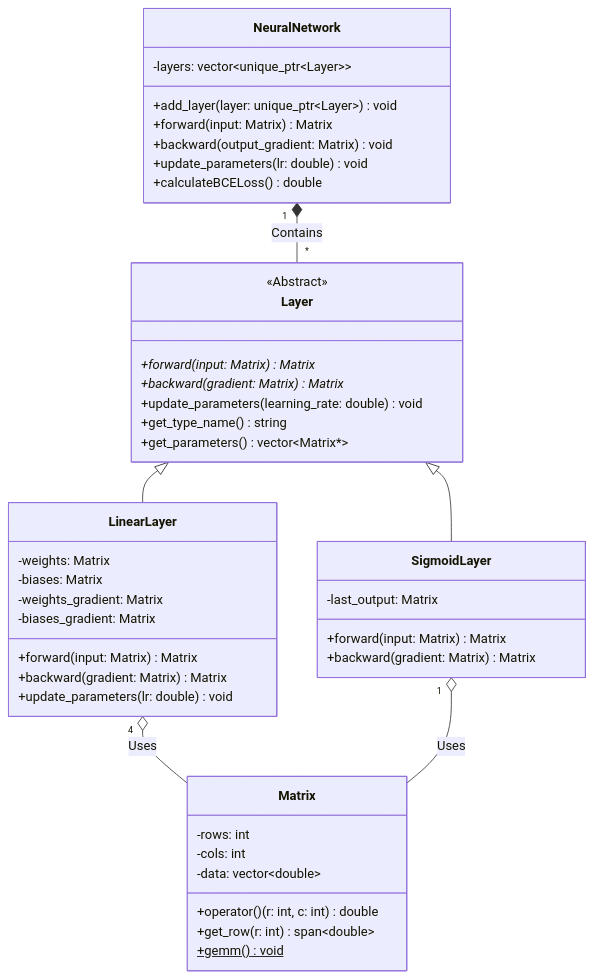
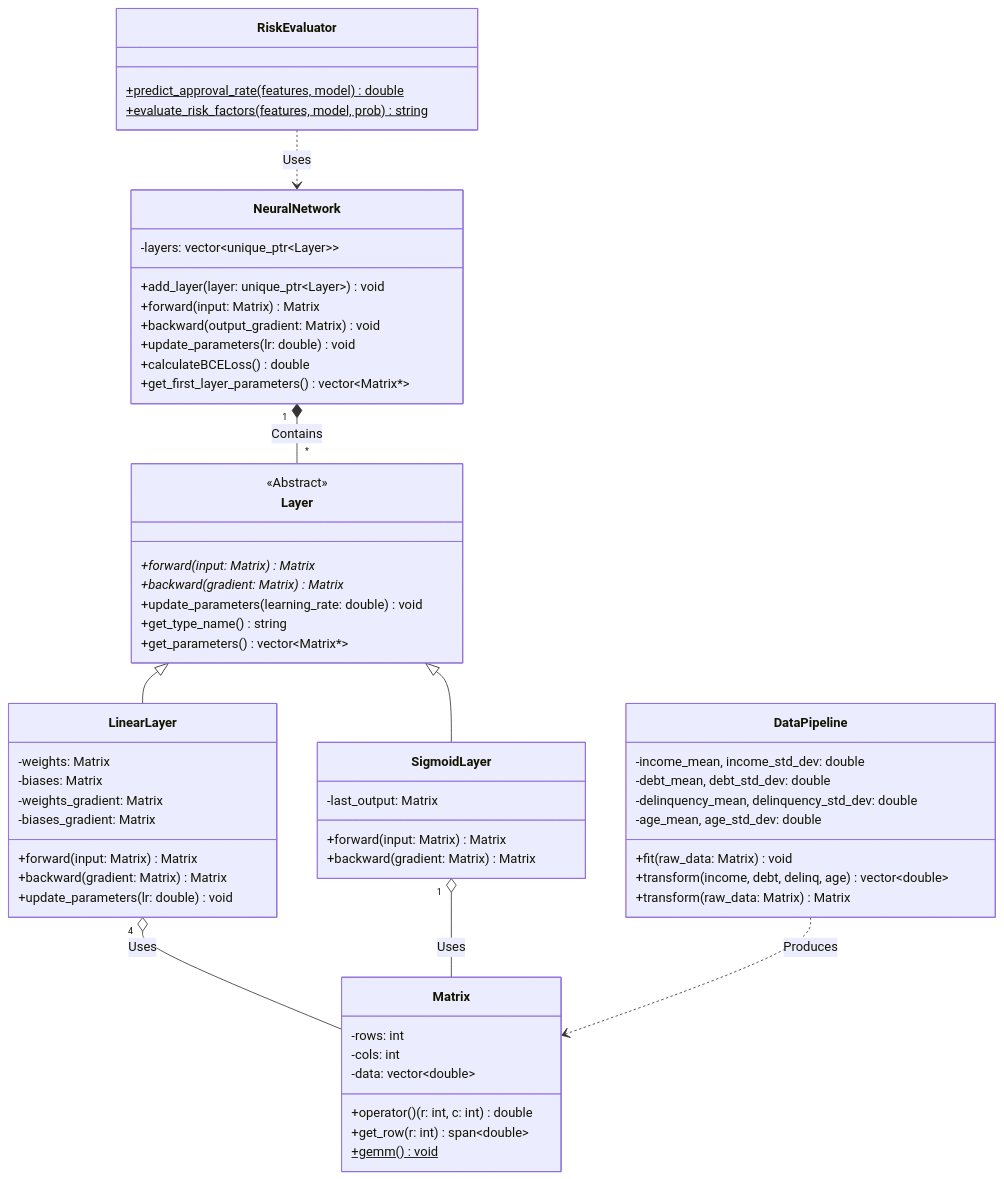
The first of 2 diagrams in README.md (Yuno-20EA/ML-RiskGuard-OOP-GiuaKy-), drawn with Mermaid before and after one commit. The commit also changed other lines of this file, not shown here.

Commit message:
docs: Update README with XAI features, v2.0 architecture and Hai's contributions

````diff
--- a/README.md
+++ b/README.md
@@ -44,51 +48,69 @@
 ```mermaid
 classDiagram
     class Layer {
         <<Abstract>>
         +forward(input: Matrix) Matrix*
         +backward(gradient: Matrix) Matrix*
         +update_parameters(learning_rate: double) void
         +get_type_name() string
         +get_parameters() vector~Matrix*~
     }
 
     class LinearLayer {
         -weights: Matrix
         -biases: Matrix
         -weights_gradient: Matrix
         -biases_gradient: Matrix
         +forward(input: Matrix) Matrix
         +backward(gradient: Matrix) Matrix
         +update_parameters(lr: double) void
     }
 
     class SigmoidLayer {
         -last_output: Matrix
         +forward(input: Matrix) Matrix
         +backward(gradient: Matrix) Matrix
     }
 
     class NeuralNetwork {
         -layers: vector~unique_ptr~Layer~~
         +add_layer(layer: unique_ptr~Layer~) void
         +forward(input: Matrix) Matrix
         +backward(output_gradient: Matrix) void
         +update_parameters(lr: double) void
         +calculateBCELoss() double
+        +get_first_layer_parameters() vector~Matrix*~
     }
 
     class Matrix {
         -rows: int
         -cols: int
         -data: vector~double~
         +operator()(r: int, c: int) double
         +get_row(r: int) span~double~
         +gemm() void$
     }
 
+    class RiskEvaluator {
+        +predict_approval_rate(features, model) double$
+        +evaluate_risk_factors(features, model, prob) string$
+    }
+
+    class DataPipeline {
+        -income_mean, income_std_dev: double
+        -debt_mean, debt_std_dev: double
+        -delinquency_mean, delinquency_std_dev: double
+        -age_mean, age_std_dev: double
+        +fit(raw_data: Matrix) void
+        +transform(income, debt, delinq, age) vector~double~
+        +transform(raw_data: Matrix) Matrix
+    }
+
     Layer <|-- LinearLayer
     Layer <|-- SigmoidLayer
     NeuralNetwork "1" *-- "*" Layer : Contains
     LinearLayer "4" o-- Matrix : Uses
     SigmoidLayer "1" o-- Matrix : Uses
+    RiskEvaluator ..> NeuralNetwork : Uses
+    DataPipeline ..> Matrix : Produces
 ```
````
